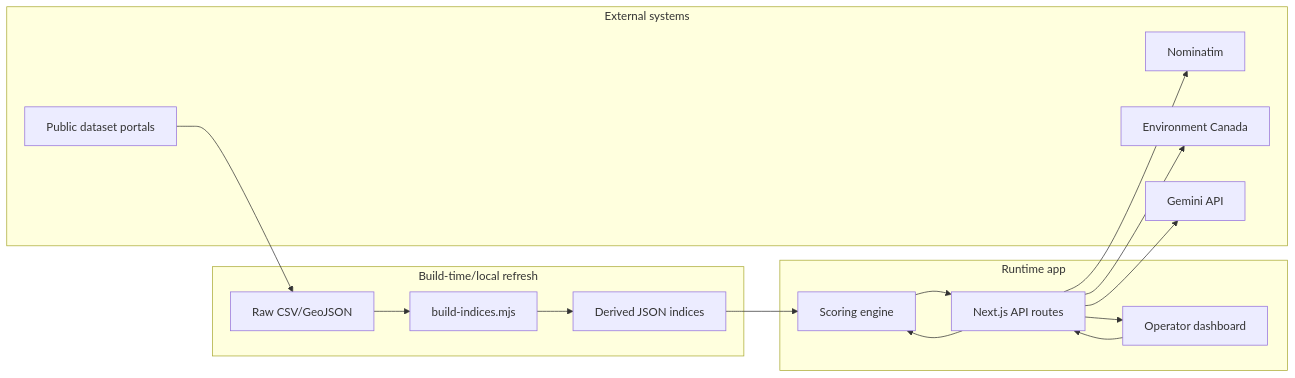
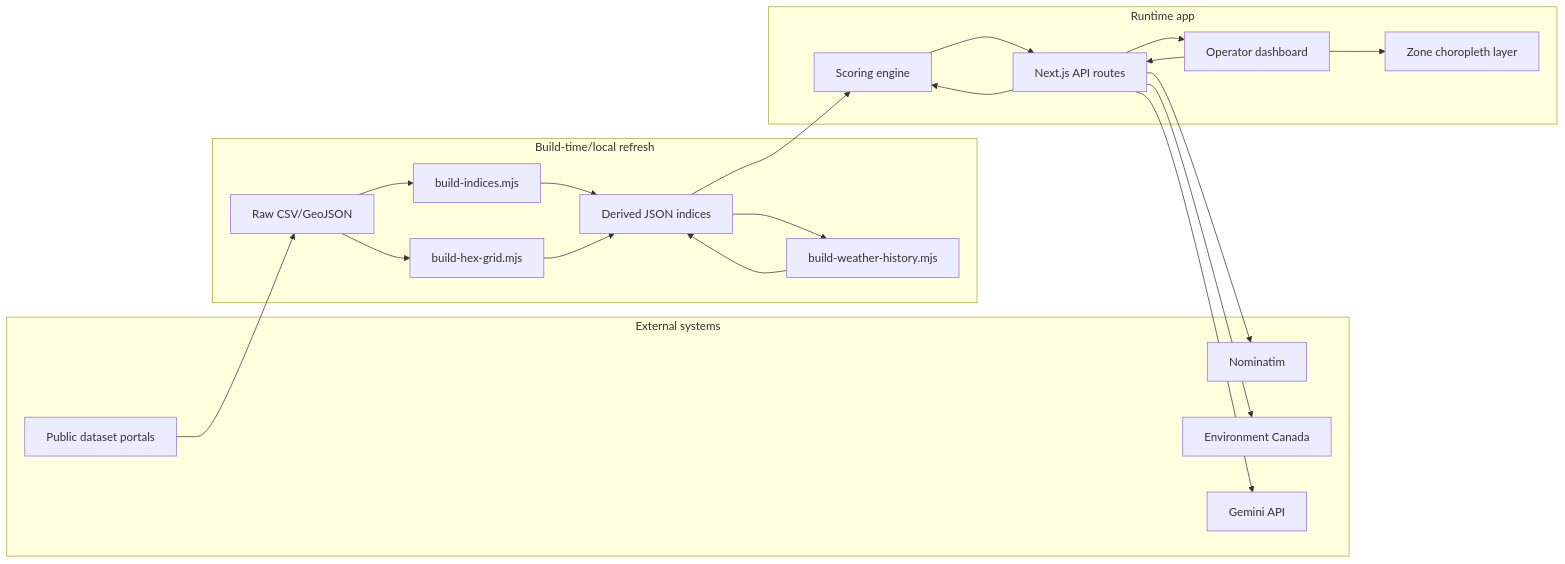
Before and after one commit to bmar1/voltex: the fifth of 9 diagrams in docs/01-system-design.md, drawn with Mermaid. The commit also changed other lines of this file and 13 other files, not shown here.

````diff
--- a/docs/01-system-design.md
+++ b/docs/01-system-design.md
@@ -182,30 +206,36 @@
 ```mermaid
 flowchart LR
   subgraph External[External systems]
     nom[Nominatim]
     wx[Environment Canada]
     ai[Gemini API]
     public[Public dataset portals]
   end
 
   subgraph BuildTime[Build-time/local refresh]
     raw[Raw CSV/GeoJSON]
     builder[build-indices.mjs]
+    hexbuilder[build-hex-grid.mjs]
+    wxbuilder[build-weather-history.mjs]
     idx[Derived JSON indices]
   end
 
   subgraph Runtime[Runtime app]
     api[Next.js API routes]
     score[Scoring engine]
     ui[Operator dashboard]
+    zonelayer[Zone choropleth layer]
   end
 
   public --> raw --> builder --> idx
+  raw --> hexbuilder --> idx
+  idx --> wxbuilder --> idx
   ui --> api
   api --> nom
   api --> wx
   api --> score
   idx --> score
   api --> ai
   score --> api --> ui
+  ui --> zonelayer
 ```
````
